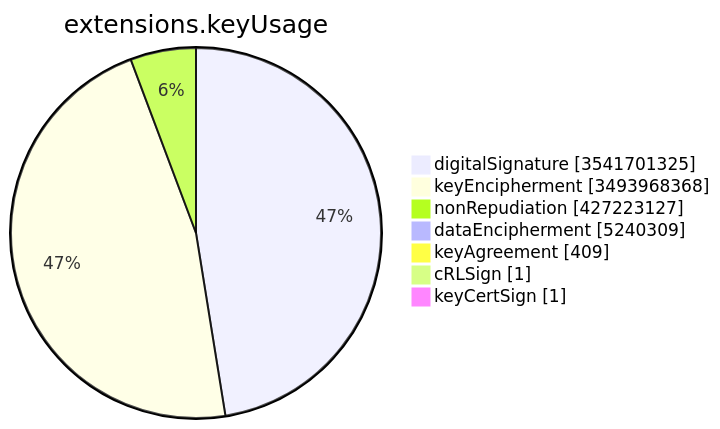
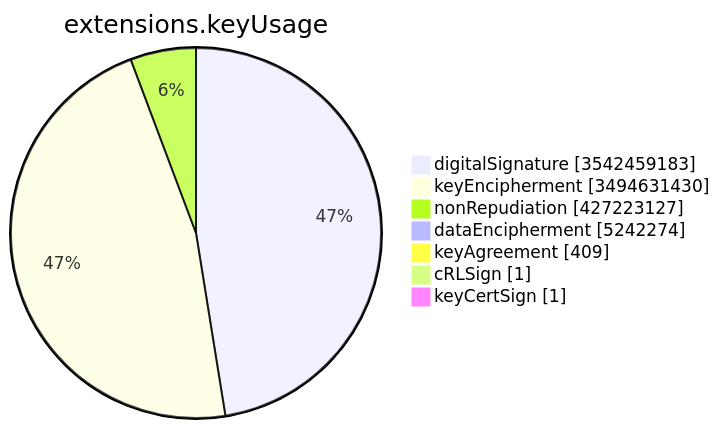
Before and after one commit to christiankrug/ctmonitor_visualization: the sixth of 15 diagrams in TOTAL/README.md, drawn with Mermaid. The commit also changed other lines of this file, not shown here.

````diff
--- a/TOTAL/README.md
+++ b/TOTAL/README.md
@@ -3083,11 +3083,11 @@
 ```mermaid
 pie showData
 title extensions.keyUsage
-"digitalSignature" :3541701325
-"keyEncipherment" :3493968368
+"digitalSignature" :3542459183
+"keyEncipherment" :3494631430
 "nonRepudiation" :427223127
-"dataEncipherment" :5240309
+"dataEncipherment" :5242274
 "keyAgreement" :409
 "cRLSign" :1
 "keyCertSign" :1
 ```
````
